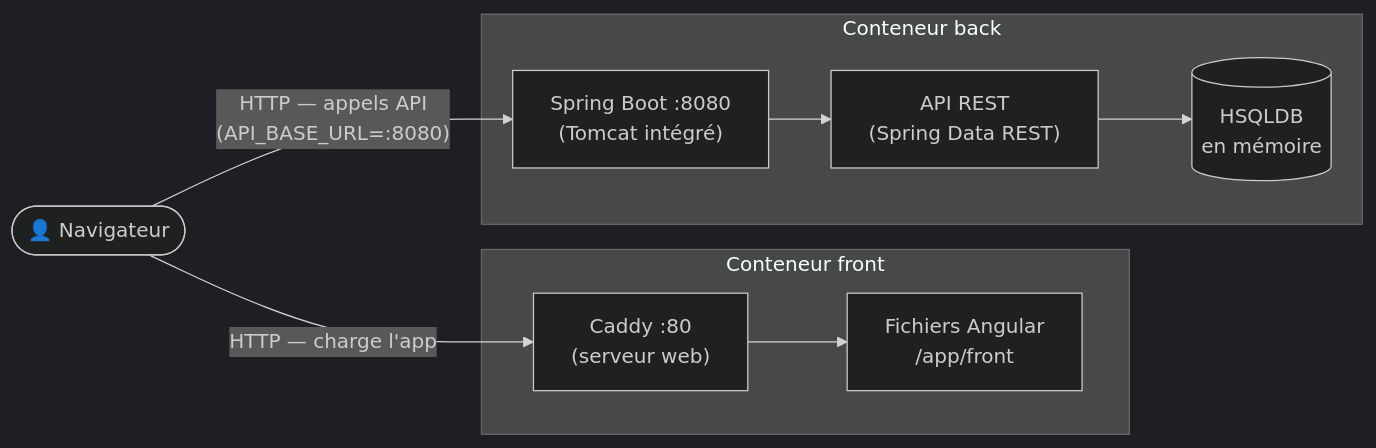
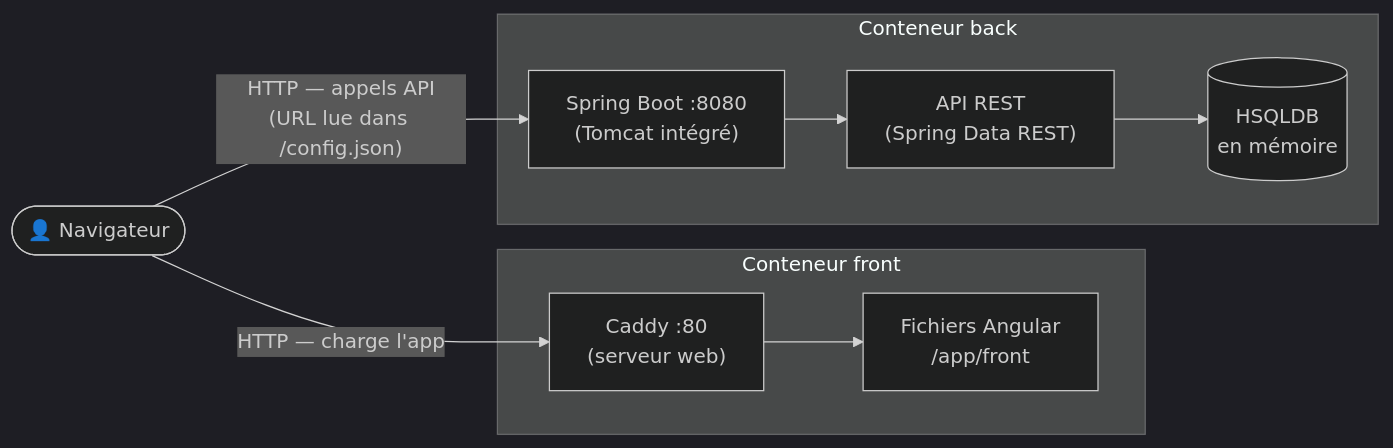
The first of 9 diagrams in ARCHITECTURE.md (TedPasquiet/G-rez-le-cycle-de-vie-de-d-veloppement-logiciel), drawn with Mermaid (dark theme) before and after one commit. The commit also changed other lines of this file and 27 other files, not shown here.

````diff
--- a/ARCHITECTURE.md
+++ b/ARCHITECTURE.md
@@ -10,20 +10,20 @@
 ```mermaid
 flowchart LR
     user([👤 Navigateur])
 
     subgraph front_c["Conteneur front"]
         caddy["Caddy :80<br/>(serveur web)"]
         static["Fichiers Angular<br/>/app/front"]
         caddy --> static
     end
 
     subgraph back_c["Conteneur back"]
         boot["Spring Boot :8080<br/>(Tomcat intégré)"]
         rest["API REST<br/>(Spring Data REST)"]
         db[("HSQLDB<br/>en mémoire")]
         boot --> rest --> db
     end
 
     user -->|"HTTP — charge l'app"| caddy
-    user -->|"HTTP — appels API<br/>(API_BASE_URL=:8080)"| boot
+    user -->|"HTTP — appels API<br/>(URL lue dans /config.json)"| boot
 ```
````
